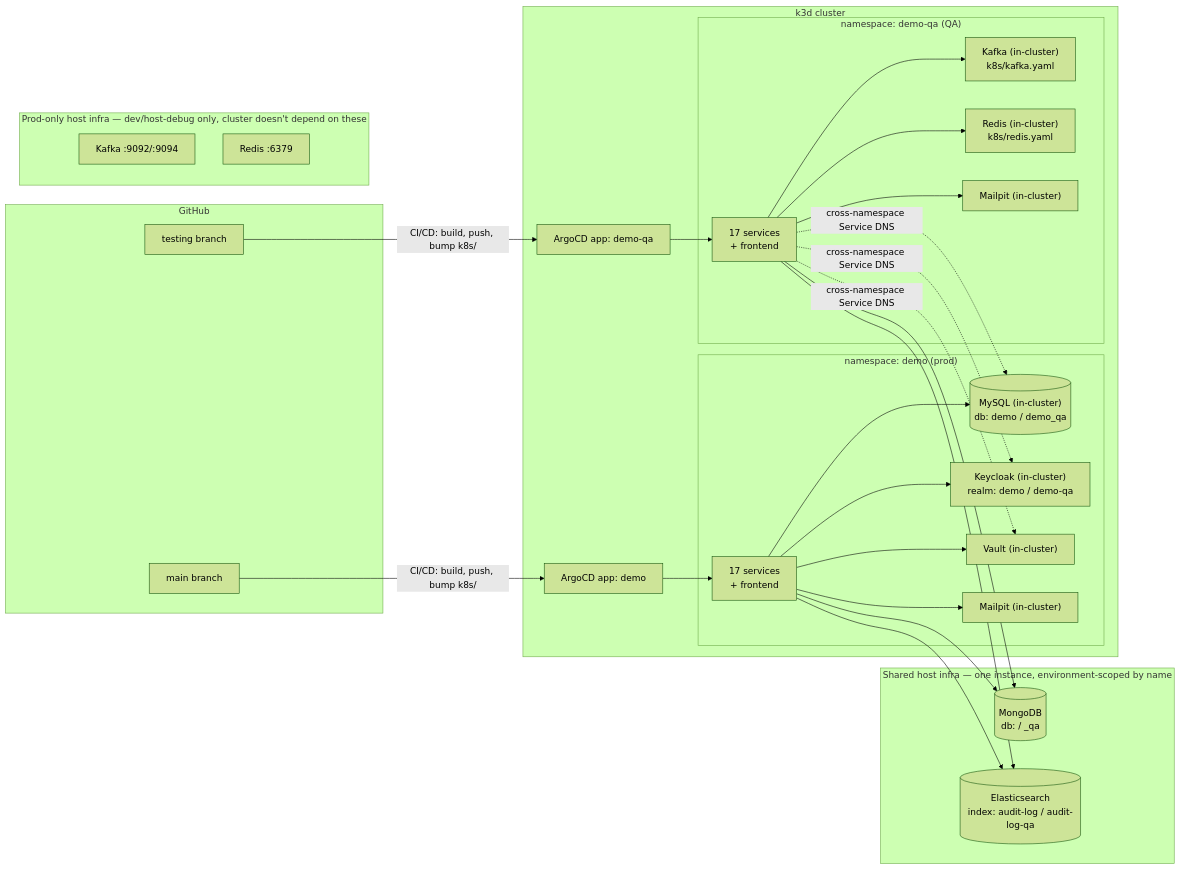
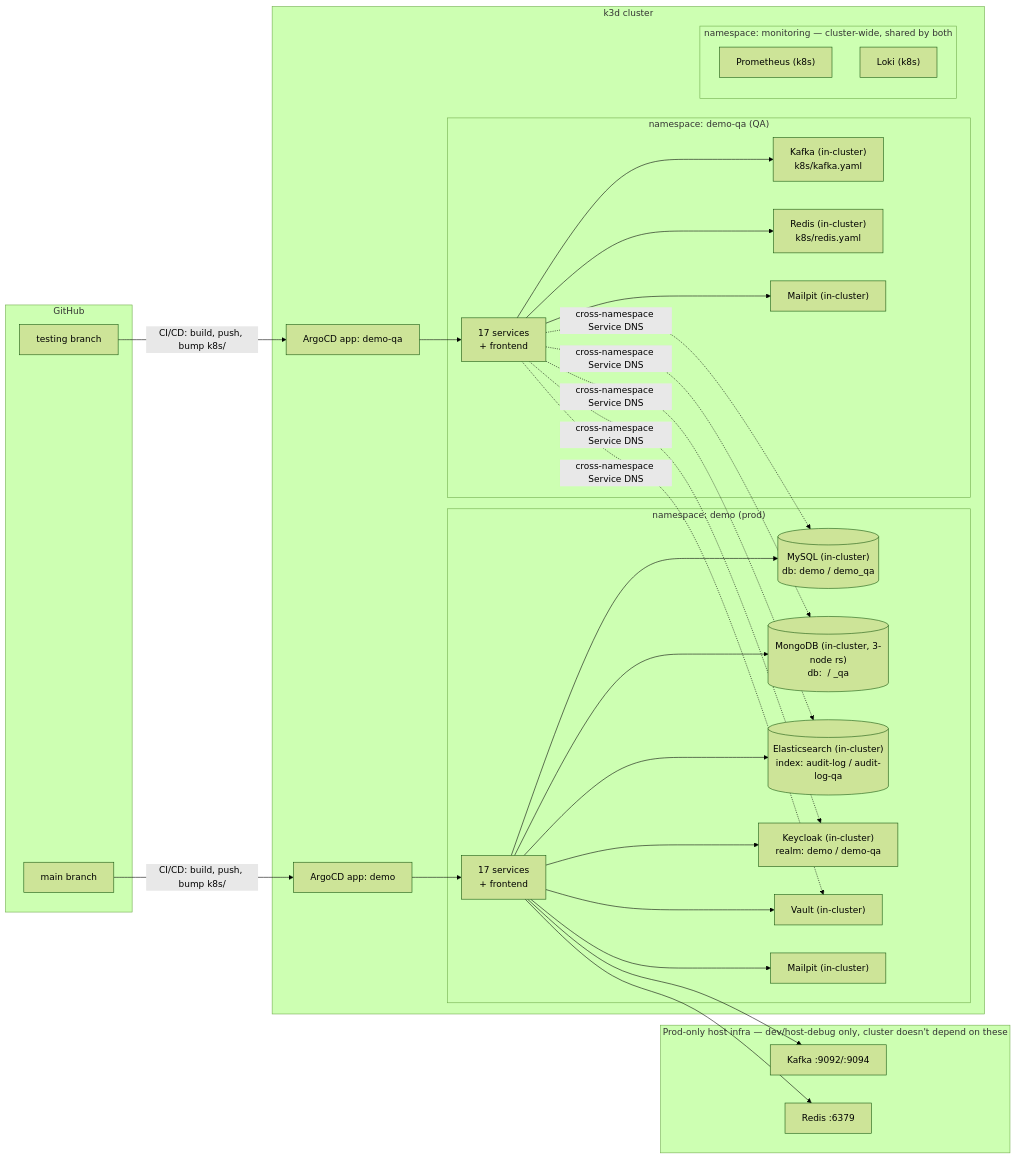
One commit to wilbertjoosen/demo changed the diagram in README.md. Above: the diagram before and after it, drawn with Mermaid (forest theme). The commit also changed other lines of this file and 3 other files, not shown here.

````diff
--- a/README.md
+++ b/README.md
@@ -314,44 +317,46 @@
 ```mermaid
 flowchart LR
     subgraph GIT["GitHub"]
         MAIN["main branch"]
         TEST["testing branch"]
     end
 
     subgraph K8S["k3d cluster"]
         subgraph DEMO["namespace: demo (prod)"]
             APPS_PROD["17 services\n+ frontend"]
             MYSQL[("MySQL (in-cluster)\ndb: demo / demo_qa")]
+            MONGO[("MongoDB (in-cluster, 3-node rs)\ndb: <svc> / <svc>_qa")]
+            ES[("Elasticsearch (in-cluster)\nindex: audit-log / audit-log-qa")]
             KC["Keycloak (in-cluster)\nrealm: demo / demo-qa"]
             VAULT["Vault (in-cluster)"]
             MAILPIT_PROD["Mailpit (in-cluster)"]
         end
         subgraph DEMOQA["namespace: demo-qa (QA)"]
             APPS_QA["17 services\n+ frontend"]
             KAFKA_QA["Kafka (in-cluster)\nk8s/kafka.yaml"]
             REDIS_QA["Redis (in-cluster)\nk8s/redis.yaml"]
             MAILPIT_QA["Mailpit (in-cluster)"]
         end
+        subgraph MON["namespace: monitoring — cluster-wide, shared by both"]
+            PROM_K8S["Prometheus (k8s)"]
+            LOKI_K8S["Loki (k8s)"]
+        end
         ARGO_PROD["ArgoCD app: demo"]
         ARGO_QA["ArgoCD app: demo-qa"]
-    end
-
-    subgraph SHARED["Shared host infra — one instance, environment-scoped by name"]
-        MONGO[("MongoDB\ndb: <svc> / <svc>_qa")]
-        ES[("Elasticsearch\nindex: audit-log / audit-log-qa")]
     end
 
     subgraph ISO_PROD["Prod-only host infra — dev/host-debug only, cluster doesn't depend on these"]
         KAFKA_PROD["Kafka :9092/:9094"]
         REDIS_PROD["Redis :6379"]
     end
 
     MAIN -- "CI/CD: build, push, bump k8s/" --> ARGO_PROD
     TEST -- "CI/CD: build, push, bump k8s/" --> ARGO_QA
     ARGO_PROD --> APPS_PROD
     ARGO_QA --> APPS_QA
 
     APPS_PROD --> MYSQL & MONGO & ES & KC & VAULT & MAILPIT_PROD
-    APPS_QA --> MONGO & ES & KAFKA_QA & REDIS_QA & MAILPIT_QA
-    APPS_QA -. "cross-namespace Service DNS" .-> MYSQL & KC & VAULT
+    APPS_QA --> KAFKA_QA & REDIS_QA & MAILPIT_QA
+    APPS_QA -. "cross-namespace Service DNS" .-> MYSQL & MONGO & ES & KC & VAULT
+    APPS_PROD --> KAFKA_PROD & REDIS_PROD
 ```
````
